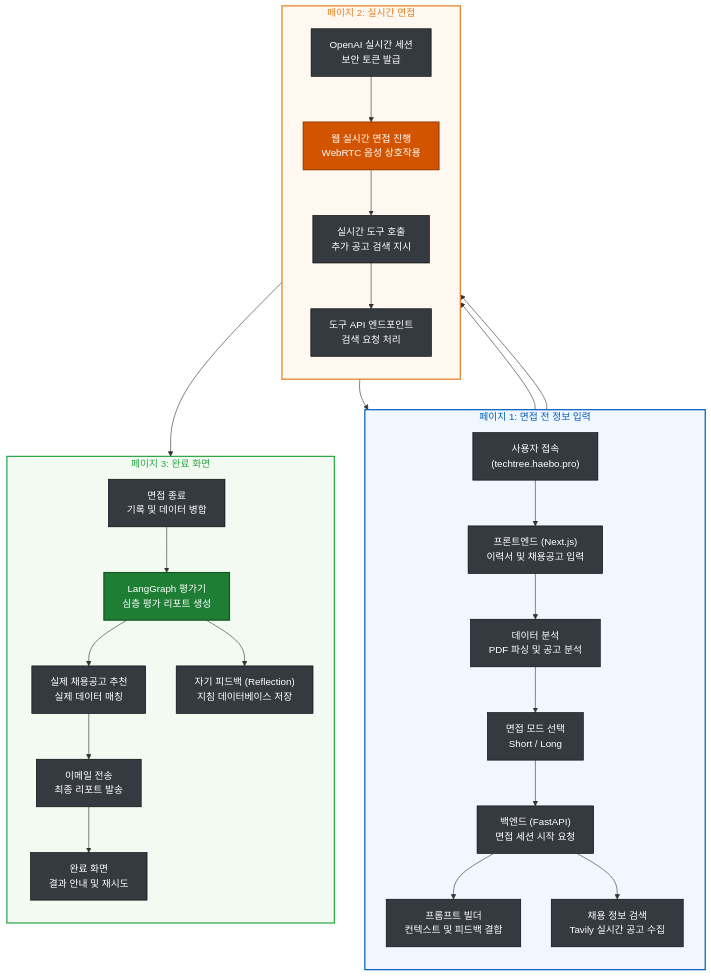
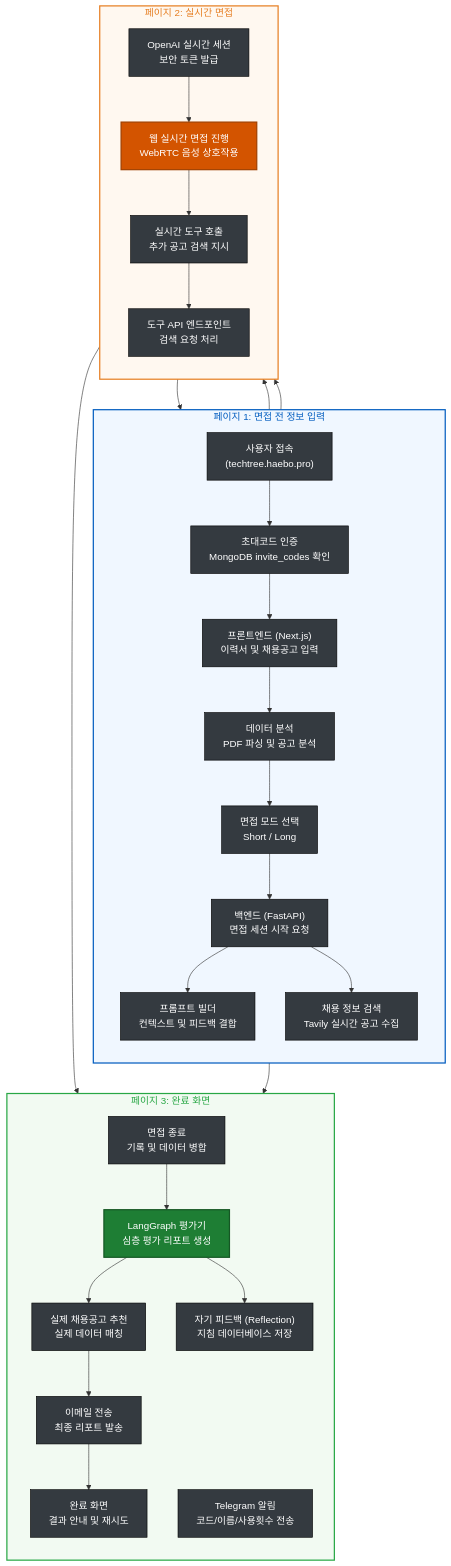
One commit to haebo9/ai-techtree-project changed the diagram in docs/user_flow.md. Above: the diagram before and after it, drawn with Mermaid. The commit also changed other lines of this file and 3 other files, not shown here.

````diff
--- a/docs/user_flow.md
+++ b/docs/user_flow.md
@@ -8,49 +8,51 @@
 ```mermaid
 flowchart TD
     %% 페이지 1: 면접 전 정보 입력 (Blue Theme)
     subgraph Page1 [페이지 1: 면접 전 정보 입력]
         direction TB
-        A["사용자 접속<br/>(techtree.haebo.pro)"] --> B["프론트엔드 (Next.js)<br/>이력서 및 채용공고 입력"]
+        A["사용자 접속<br/>(techtree.haebo.pro)"] --> AUTH["초대코드 인증<br/>MongoDB invite_codes 확인"]
+        AUTH --> B["프론트엔드 (Next.js)<br/>이력서 및 채용공고 입력"]
         B --> C["데이터 분석<br/>PDF 파싱 및 공고 분석"]
         C --> D["면접 모드 선택<br/>Short / Long"]
         D --> E["백엔드 (FastAPI)<br/>면접 세션 시작 요청"]
         E --> F["프롬프트 빌더<br/>컨텍스트 및 피드백 결합"]
         E --> G["채용 정보 검색<br/>Tavily 실시간 공고 수집"]
     end
 
     %% 페이지 2: 실시간 면접 (Orange Theme)
     subgraph Page2 [페이지 2: 실시간 면접]
         direction TB
         H["OpenAI 실시간 세션<br/>보안 토큰 발급"] --> I["웹 실시간 면접 진행<br/>WebRTC 음성 상호작용"]
         I --> J["실시간 도구 호출<br/>추가 공고 검색 지시"]
         J --> K["도구 API 엔드포인트<br/>검색 요청 처리"]
         K --> G
         G --> I
     end
 
     %% 페이지 3: 완료 화면 (Green Theme)
     subgraph Page3 [페이지 3: 완료 화면]
         direction TB
         L["면접 종료<br/>기록 및 데이터 병합"] --> M["LangGraph 평가기<br/>심층 평가 리포트 생성"]
         M --> N["실제 채용공고 추천<br/>실제 데이터 매칭"]
         N --> O["이메일 전송<br/>최종 리포트 발송"]
         M --> P["자기 피드백 (Reflection)<br/>지침 데이터베이스 저장"]
         O --> Q["완료 화면<br/>결과 안내 및 재시도"]
+        AUTH --> R["Telegram 알림<br/>코드/이름/사용횟수 전송"]
     end
 
     %% 페이지 간 연결
     F --> H
     I --> L
 
     %% 영역 스타일 정의 (배경)
     style Page1 fill:#f0f7ff,stroke:#005cbf,stroke-width:2px,color:#005cbf
     style Page2 fill:#fff8f0,stroke:#e67e22,stroke-width:2px,color:#e67e22
     style Page3 fill:#f2faf2,stroke:#28a745,stroke-width:2px,color:#28a745
 
     %% 기본 노드 스타일: 진한 회색 배경 + 흰색 글자 (고대비)
     classDef default fill:#343a40,stroke:#000,stroke-width:1px,color:#ffffff;
 
     %% 강조 노드 스타일: 각 영역의 메인 컬러를 진하게 사용
     style I fill:#d35400,stroke:#a04000,stroke-width:2px,color:#ffffff
     style M fill:#1e7e34,stroke:#155724,stroke-width:2px,color:#ffffff
 ```
````
